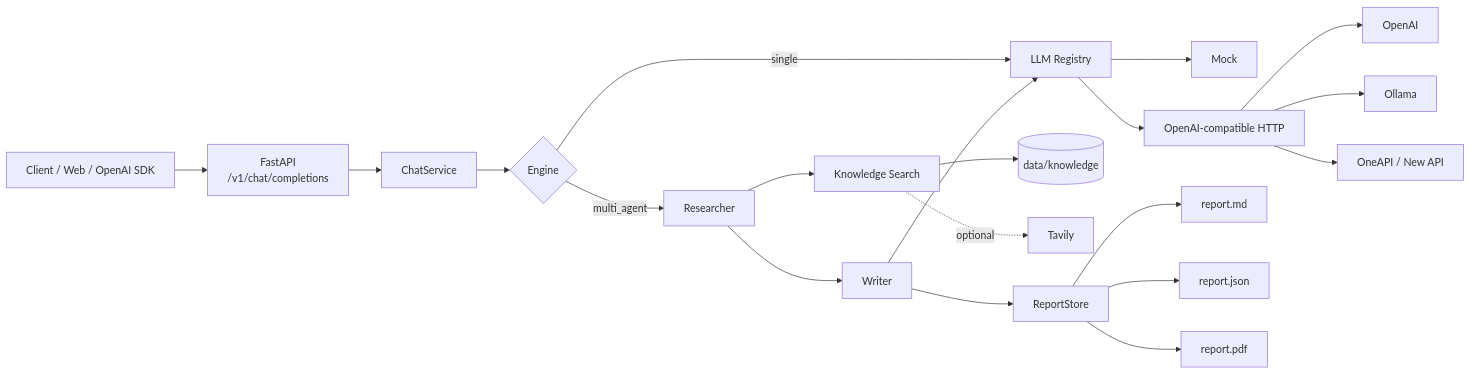
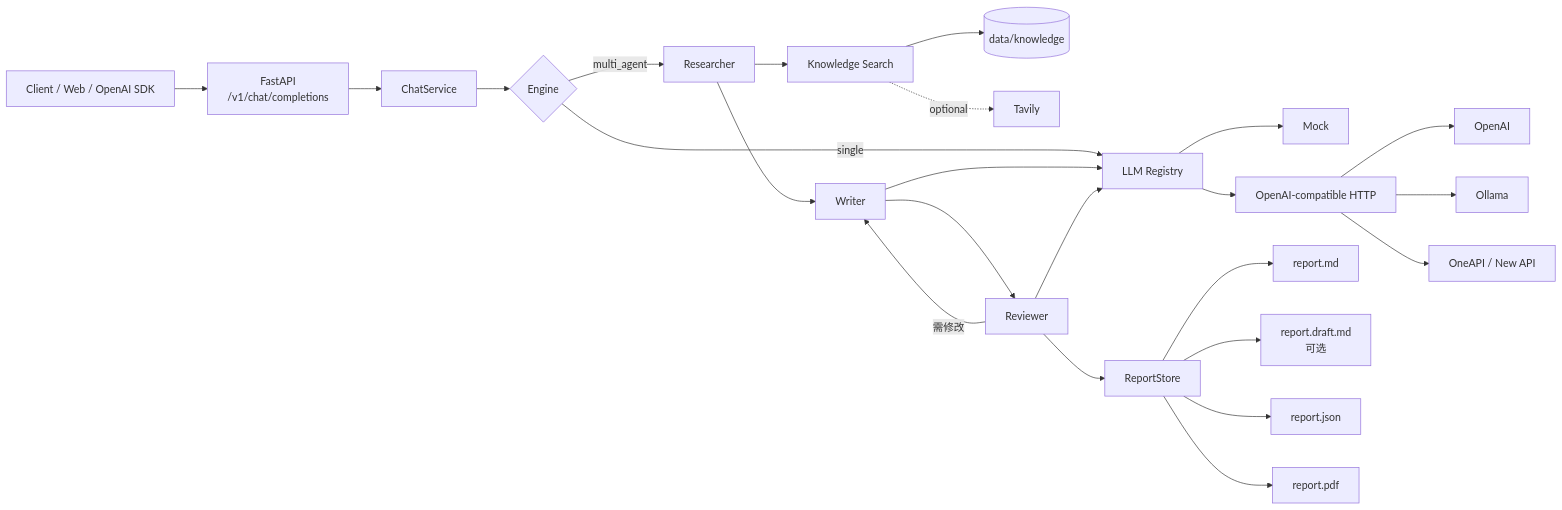
One commit to outsider66/multi-agent-service changed the diagram in README.md. Above: the diagram before and after it, drawn with Mermaid. The commit also changed other lines of this file and 2 other files, not shown here.

Commit message:
同步文档：补充 Reviewer Agent、x_revision 与双版本报告说明

````diff
--- a/README.md
+++ b/README.md
@@ -296,22 +309,26 @@
 ```mermaid
 flowchart LR
     C[Client / Web / OpenAI SDK] --> A[FastAPI\n/v1/chat/completions]
     A --> S[ChatService]
     S --> E{Engine}
     E -->|single| L[LLM Registry]
     E -->|multi_agent| R[Researcher]
     R --> K[Knowledge Search]
     K --> KB[(data/knowledge)]
     K -. optional .-> T[Tavily]
     R --> W[Writer]
+    W --> V[Reviewer]
+    V -->|需修改| W
     W --> L
+    V --> L
     L --> M[Mock]
     L --> O[OpenAI-compatible HTTP]
     O --> OA[OpenAI]
     O --> OL[Ollama]
     O --> ONE[OneAPI / New API]
-    W --> RS[ReportStore]
+    V --> RS[ReportStore]
     RS --> MD[report.md]
+    RS --> DRAFT["report.draft.md<br/>可选"]
     RS --> JSON[report.json]
     RS --> PDF[report.pdf]
 ```
````
